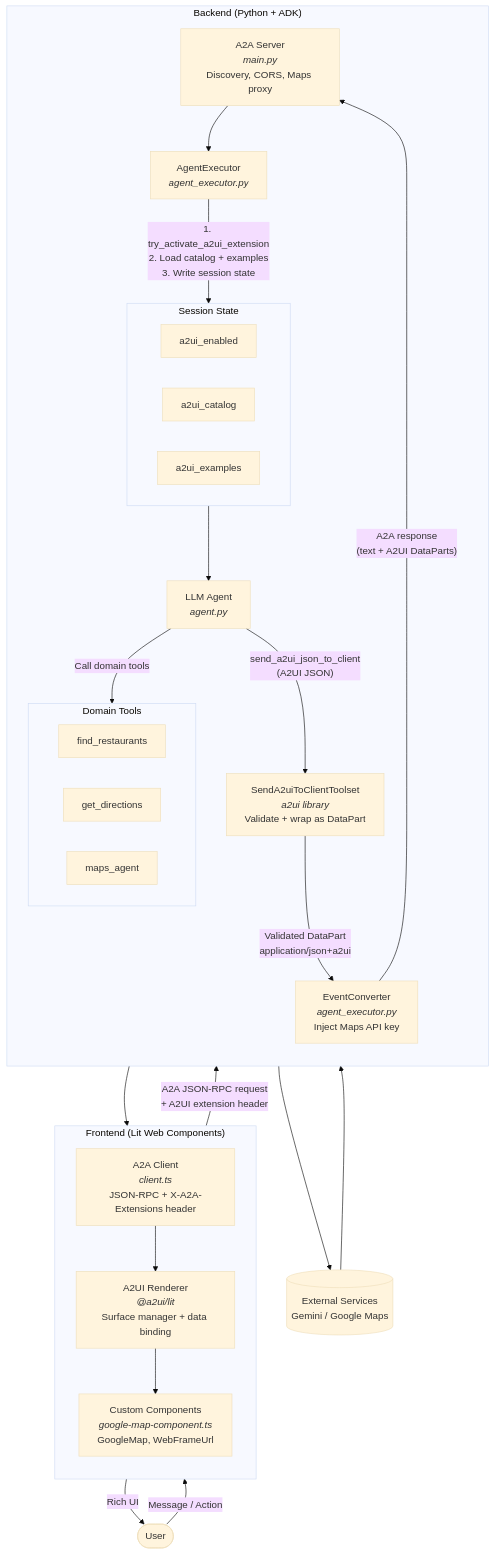
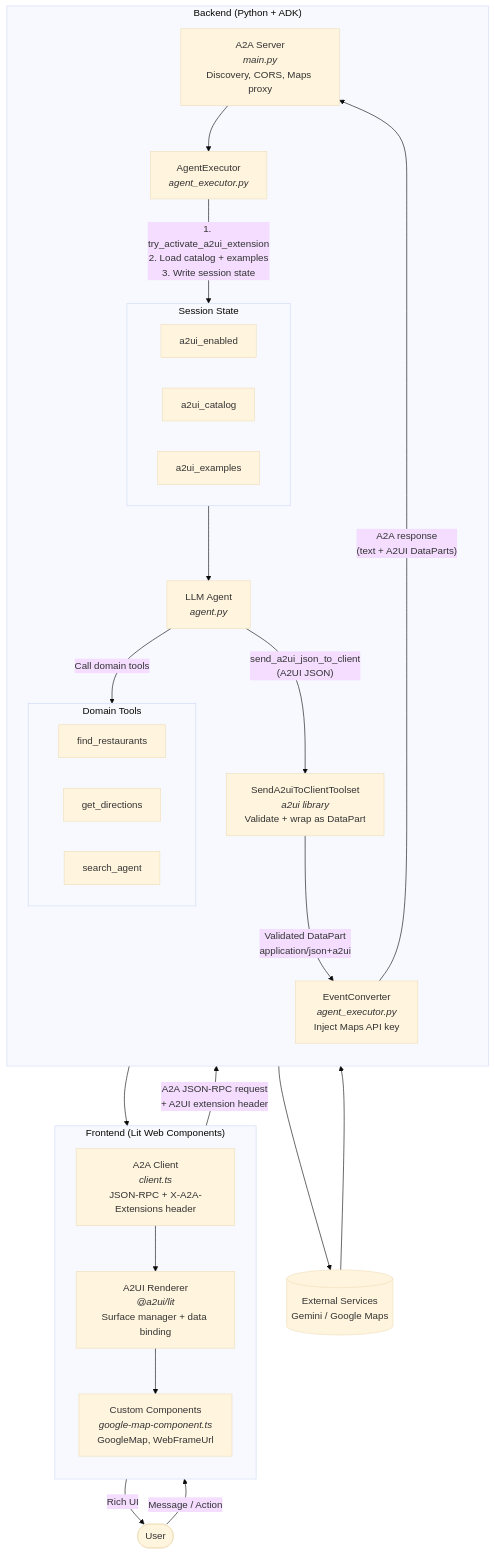
One commit to wadave/agent-a2ui-demo changed the second of 4 diagrams in docs/intro_a2ui.md. Above: the diagram before and after it, drawn with Mermaid (base theme). The commit also changed other lines of this file and 8 other files, not shown here.

````diff
--- a/docs/intro_a2ui.md
+++ b/docs/intro_a2ui.md
@@ -258,50 +258,50 @@
 ```mermaid
 flowchart TB
     subgraph Frontend["Frontend (Lit Web Components)"]
         direction TB
         A2AClient["A2A Client<br/><i>client.ts</i><br/>JSON-RPC + X-A2A-Extensions header"]
         A2UIRenderer["A2UI Renderer<br/><i>@a2ui/lit</i><br/>Surface manager + data binding"]
         CustomComponents["Custom Components<br/><i>google-map-component.ts</i><br/>GoogleMap, WebFrameUrl"]
     end
 
     subgraph Backend["Backend (Python + ADK)"]
         direction TB
         A2AServer["A2A Server<br/><i>main.py</i><br/>Discovery, CORS, Maps proxy"]
         Executor["AgentExecutor<br/><i>agent_executor.py</i>"]
         LLMAgent["LLM Agent<br/><i>agent.py</i>"]
         Toolset["SendA2uiToClientToolset<br/><i>a2ui library</i><br/>Validate + wrap as DataPart"]
         EventConverter["EventConverter<br/><i>agent_executor.py</i><br/>Inject Maps API key"]
 
         subgraph Session["Session State"]
             direction LR
             Enabled["a2ui_enabled"]
             Catalog["a2ui_catalog"]
             Examples["a2ui_examples"]
         end
 
         subgraph Tools["Domain Tools"]
             direction LR
             FindRest["find_restaurants"]
             GetDir["get_directions"]
-            MapsAgent["maps_agent"]
+            SearchAgent["search_agent"]
         end
     end
 
     External[("External Services<br/>Gemini / Google Maps")]
 
     A2AClient -->|"A2A JSON-RPC request<br/>+ A2UI extension header"| A2AServer
     A2AServer --> Executor
     Executor -->|"1. try_activate_a2ui_extension<br/>2. Load catalog + examples<br/>3. Write session state"| Session
     Session --> LLMAgent
     LLMAgent -->|"Call domain tools"| Tools
     Tools --> External
     External --> Tools
     LLMAgent -->|"send_a2ui_json_to_client<br/>(A2UI JSON)"| Toolset
     Toolset -->|"Validated DataPart<br/>application/json+a2ui"| EventConverter
     EventConverter -->|"A2A response<br/>(text + A2UI DataParts)"| A2AServer
     A2AServer --> A2AClient
     A2AClient --> A2UIRenderer
     A2UIRenderer --> CustomComponents
     CustomComponents -->|"Rich UI"| User([User])
     User -->|"Message / Action"| A2AClient
 ```
````
